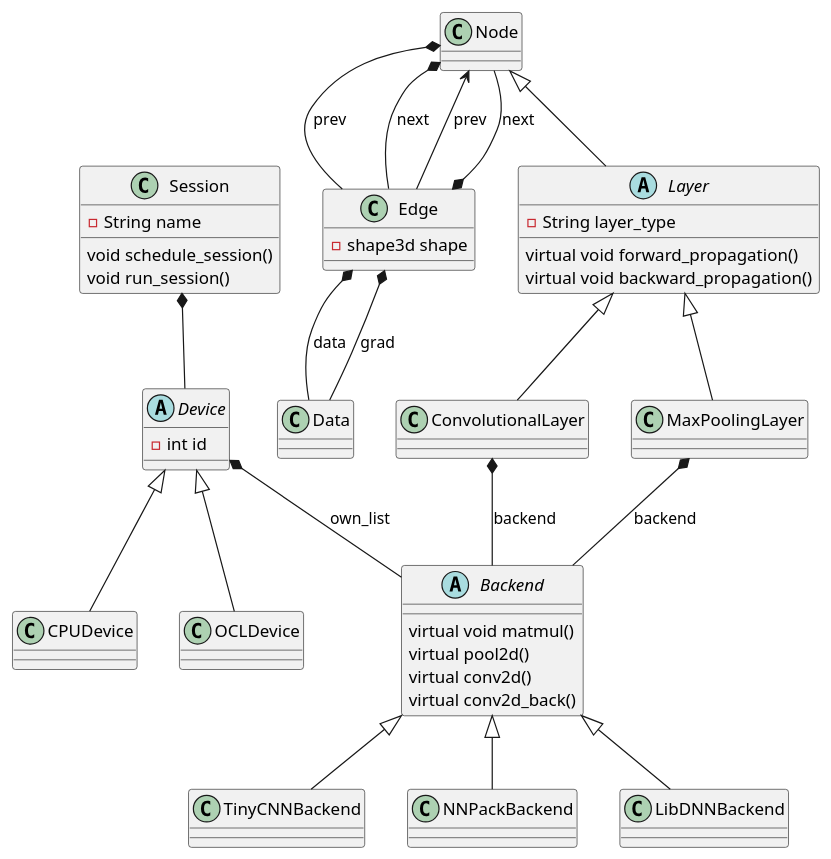
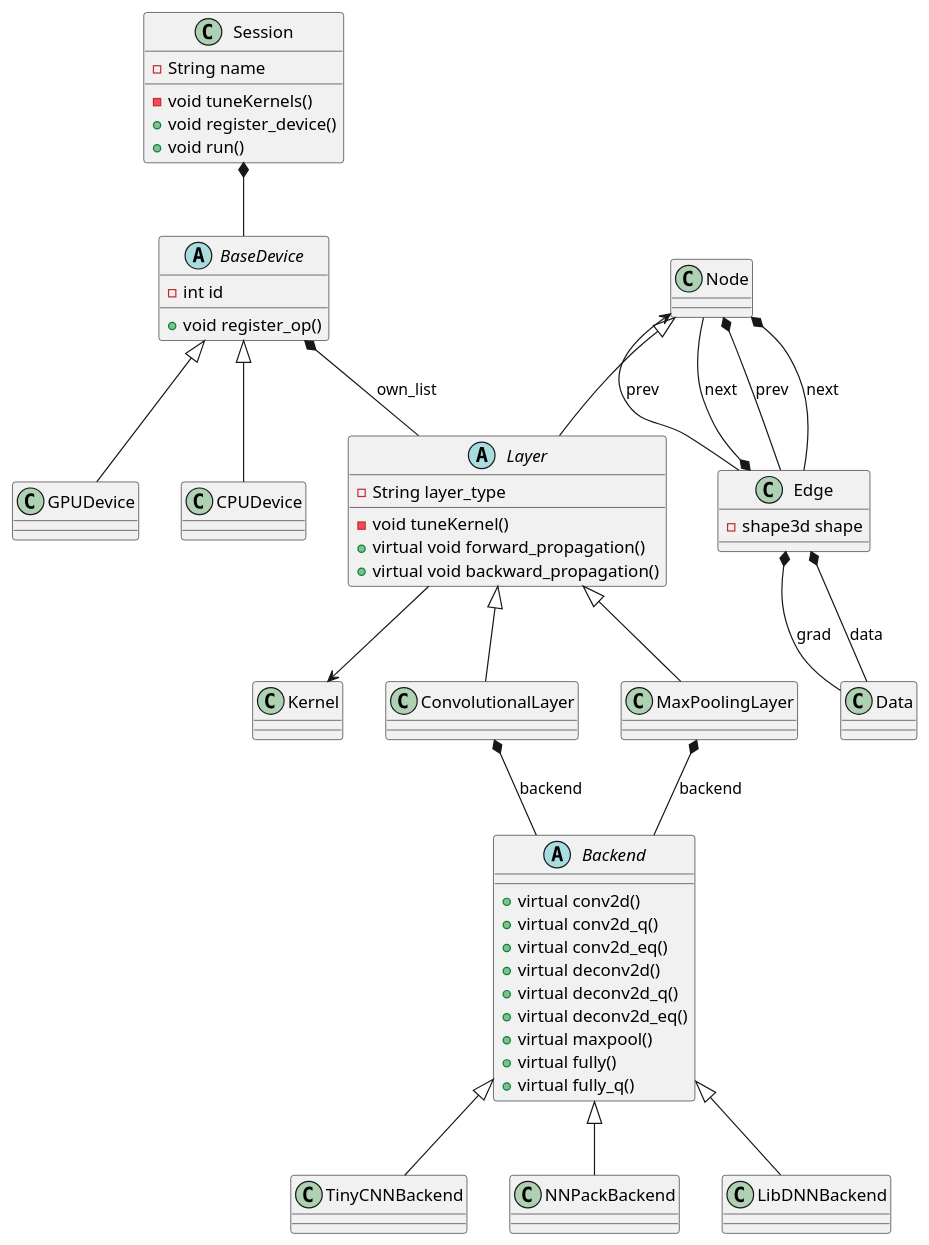
The diagram in doc/device-abstraction-uml.puml (tiny-dnn/tiny-dnn), drawn with PlantUML before and after one commit.

Commit message:
update UML design

```diff
--- a/doc/device-abstraction-uml.puml
+++ b/doc/device-abstraction-uml.puml
@@ -1,72 +1,83 @@
 @startuml
+
 class Session {
- -String name
-  void schedule_session()
-  void run_session()
+ - String name
+ - void tuneKernels()
+ + void register_device()
+ + void run()
 }
 
-abstract class Device {
- -int id
+abstract class BaseDevice {
+ - int id
+ + void register_op()
 }
 
 class Node {
 }
 
 class Edge {
  - shape3d shape
 }
 
 abstract class Layer {
  - String layer_type
- virtual void forward_propagation()
- virtual void backward_propagation()
+ - void tuneKernel()
+ + virtual void forward_propagation()
+ + virtual void backward_propagation()
 }
 
 class ConvolutionalLayer {
 }
 
 class MaxPoolingLayer {
 }
 
 abstract class Backend {
- virtual void matmul()
- virtual pool2d()
- virtual conv2d()
- virtual conv2d_back()
+ + virtual conv2d()
+ + virtual conv2d_q()
+ + virtual conv2d_eq()
+ + virtual deconv2d()
+ + virtual deconv2d_q()
+ + virtual deconv2d_eq()
+ + virtual maxpool()
+ + virtual fully()
+ + virtual fully_q()
 }
 
 class TinyCNNBackend {
 }
 
 class NNPackBackend {
 }
 
 class LibDNNBackend {
 }
 
-Session *-- Device
+Layer --> Kernel
 
-Device <|-- CPUDevice
-Device <|-- OCLDevice
+Session *-- BaseDevice
+
+BaseDevice <|-- CPUDevice
+BaseDevice <|-- GPUDevice
 
 Node <|-- Layer
 Node *-- Edge : prev
 Node *-- Edge : next
 
 Edge --> Node : prev
 Edge *-- Node : next
 Edge *-- Data : data
 Edge *-- Data : grad
 
 Layer <|-- ConvolutionalLayer
 Layer <|-- MaxPoolingLayer
 
-Device *-- Backend : own_list
+BaseDevice *-- Layer : own_list
 ConvolutionalLayer *-- Backend : backend
 MaxPoolingLayer *-- Backend : backend
 
 Backend <|-- TinyCNNBackend
 Backend <|-- NNPackBackend
 Backend <|-- LibDNNBackend
 
 @enduml
```
